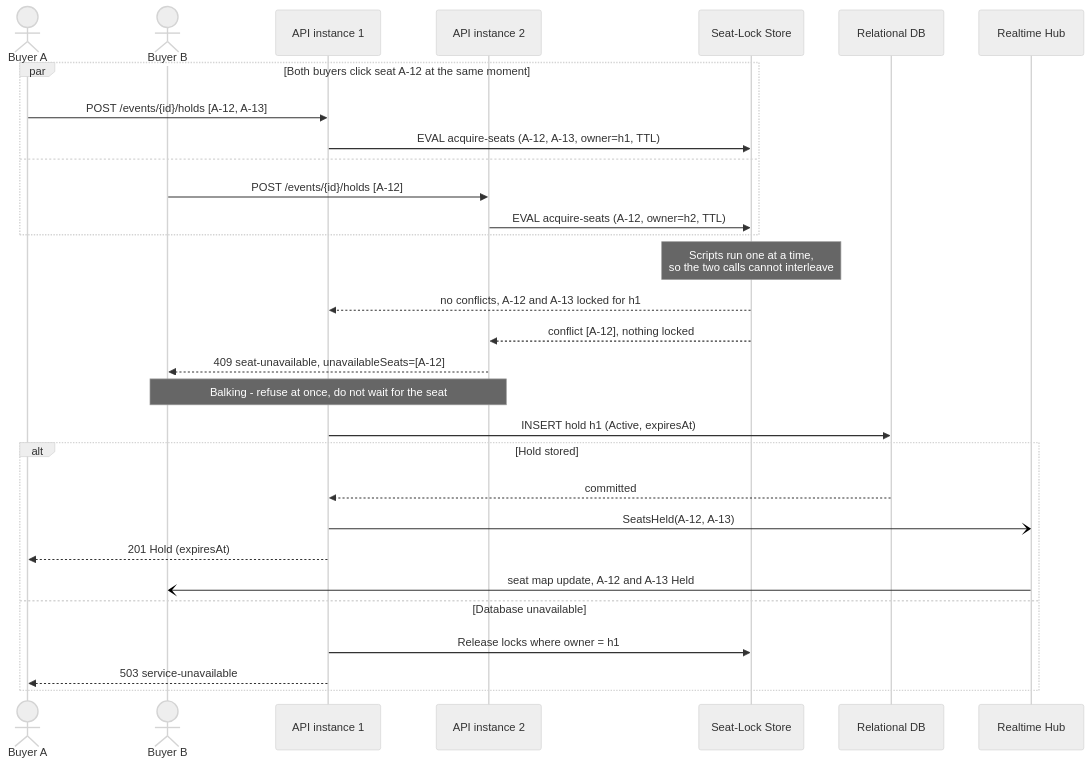
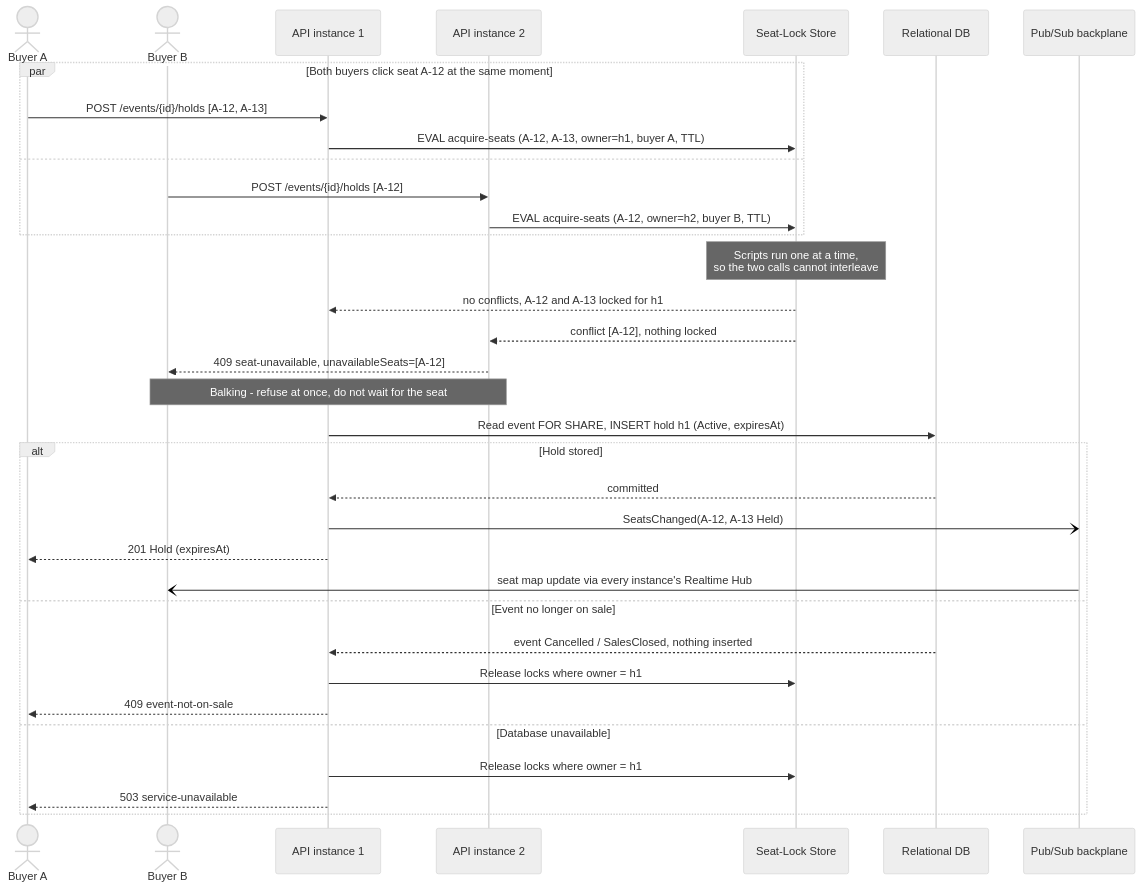
One commit to hrytsykvl/Ticketium changed the first of 7 diagrams in docs/CONCURRENCY_PATTERNS.md. Above: the diagram before and after it, drawn with Mermaid (neutral theme). The commit also changed other lines of this file and 6 other files, not shown here.

````diff
--- a/docs/CONCURRENCY_PATTERNS.md
+++ b/docs/CONCURRENCY_PATTERNS.md
@@ -35,33 +50,37 @@
 ```mermaid
 sequenceDiagram
     actor A as Buyer A
     actor B as Buyer B
     participant API1 as API instance 1
     participant API2 as API instance 2
     participant Lock as Seat-Lock Store
     participant DB as Relational DB
-    participant Hub as Realtime Hub
+    participant BP as Pub/Sub backplane
 
     par Both buyers click seat A-12 at the same moment
         A->>API1: POST /events/{id}/holds [A-12, A-13]
-        API1->>Lock: EVAL acquire-seats (A-12, A-13, owner=h1, TTL)
+        API1->>Lock: EVAL acquire-seats (A-12, A-13, owner=h1, buyer A, TTL)
     and
         B->>API2: POST /events/{id}/holds [A-12]
-        API2->>Lock: EVAL acquire-seats (A-12, owner=h2, TTL)
+        API2->>Lock: EVAL acquire-seats (A-12, owner=h2, buyer B, TTL)
     end
     Note over Lock: Scripts run one at a time,<br/>so the two calls cannot interleave
     Lock-->>API1: no conflicts, A-12 and A-13 locked for h1
     Lock-->>API2: conflict [A-12], nothing locked
     API2-->>B: 409 seat-unavailable, unavailableSeats=[A-12]
     Note over B,API2: Balking - refuse at once, do not wait for the seat
-    API1->>DB: INSERT hold h1 (Active, expiresAt)
+    API1->>DB: Read event FOR SHARE, INSERT hold h1 (Active, expiresAt)
     alt Hold stored
         DB-->>API1: committed
-        API1-)Hub: SeatsHeld(A-12, A-13)
+        API1-)BP: SeatsChanged(A-12, A-13 Held)
         API1-->>A: 201 Hold (expiresAt)
-        Hub-)B: seat map update, A-12 and A-13 Held
+        BP-)B: seat map update via every instance's Realtime Hub
+    else Event no longer on sale
+        DB-->>API1: event Cancelled / SalesClosed, nothing inserted
+        API1->>Lock: Release locks where owner = h1
+        API1-->>A: 409 event-not-on-sale
     else Database unavailable
         API1->>Lock: Release locks where owner = h1
         API1-->>A: 503 service-unavailable
     end
 ```
````
